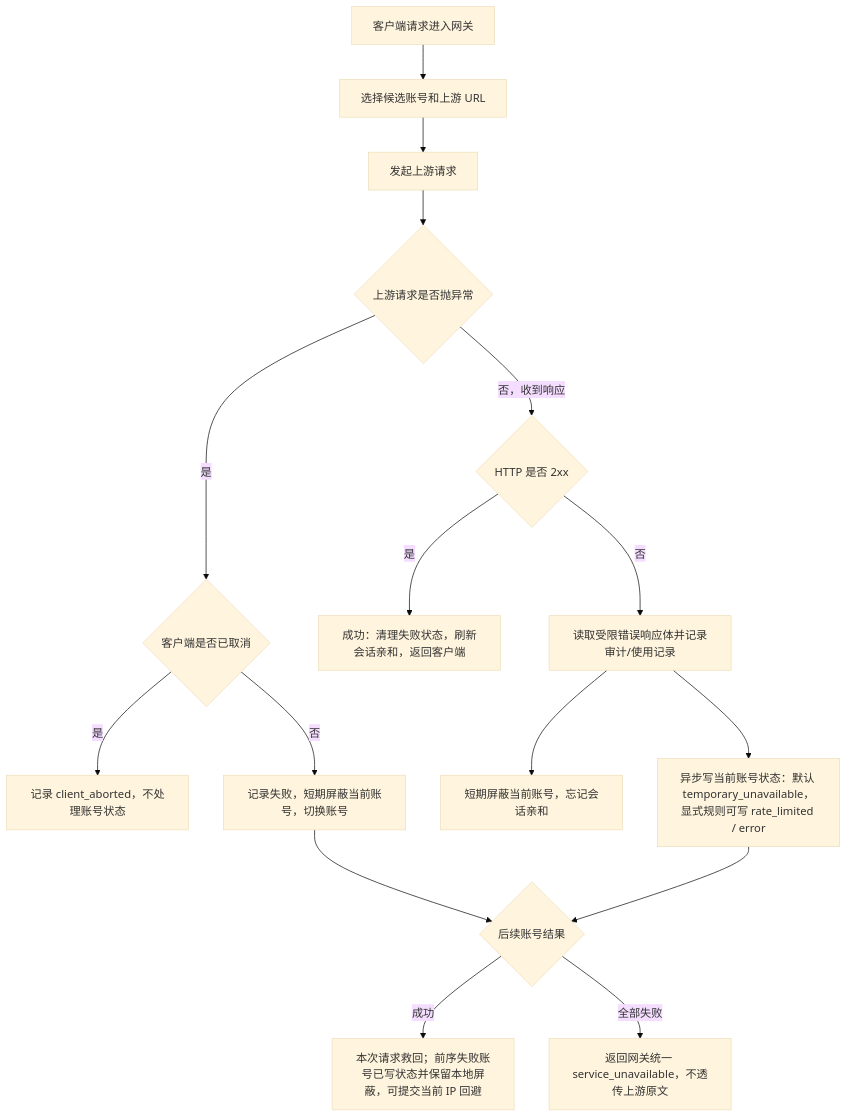
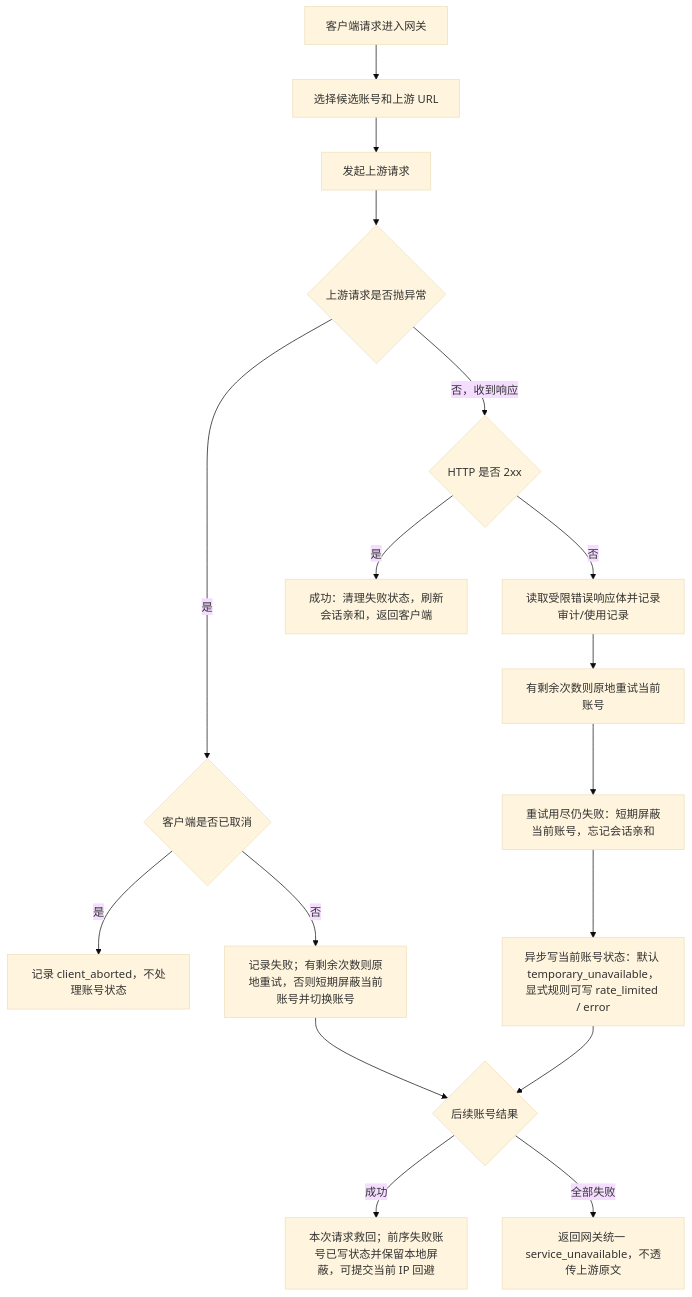
One commit to huanmin123/juhe-ai changed the first of 3 diagrams in docs/functions/网关异常重试与兜底策略.md. Above: the diagram before and after it, drawn with Mermaid (base theme). The commit also changed other lines of this file and 92 other files, not shown here.

````diff
--- a/docs/functions/网关异常重试与兜底策略.md
+++ b/docs/functions/网关异常重试与兜底策略.md
@@ -35,19 +35,20 @@
 ```mermaid
 flowchart TD
   A["客户端请求进入网关"] --> B["选择候选账号和上游 URL"]
   B --> C["发起上游请求"]
   C --> D{"上游请求是否抛异常"}
   D -- "是" --> E{"客户端是否已取消"}
   E -- "是" --> F["记录 client_aborted，不处理账号状态"]
-  E -- "否" --> I["记录失败，短期屏蔽当前账号，切换账号"]
+  E -- "否" --> I["记录失败；有剩余次数则原地重试，否则短期屏蔽当前账号并切换账号"]
 
   D -- "否，收到响应" --> J{"HTTP 是否 2xx"}
   J -- "是" --> K["成功：清理失败状态，刷新会话亲和，返回客户端"]
   J -- "否" --> L["读取受限错误响应体并记录审计/使用记录"]
-  L --> X["短期屏蔽当前账号，忘记会话亲和"]
-  L --> P["异步写当前账号状态：默认 temporary_unavailable，显式规则可写 rate_limited / error"]
+  L --> R["有剩余次数则原地重试当前账号"]
+  R --> X["重试用尽仍失败：短期屏蔽当前账号，忘记会话亲和"]
+  X --> P["异步写当前账号状态：默认 temporary_unavailable，显式规则可写 rate_limited / error"]
   P --> T{"后续账号结果"}
   I --> T
   T -- "成功" --> U["本次请求救回；前序失败账号已写状态并保留本地屏蔽，可提交当前 IP 回避"]
   T -- "全部失败" --> W["返回网关统一 service_unavailable，不透传上游原文"]
 ```
````
